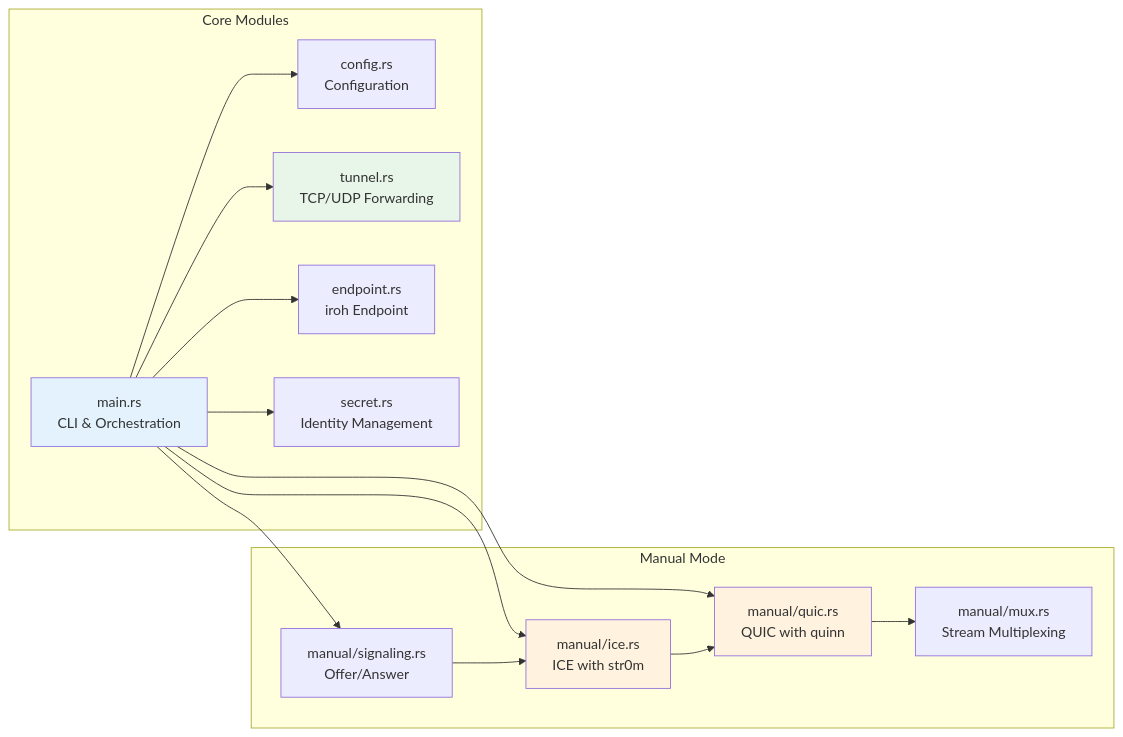
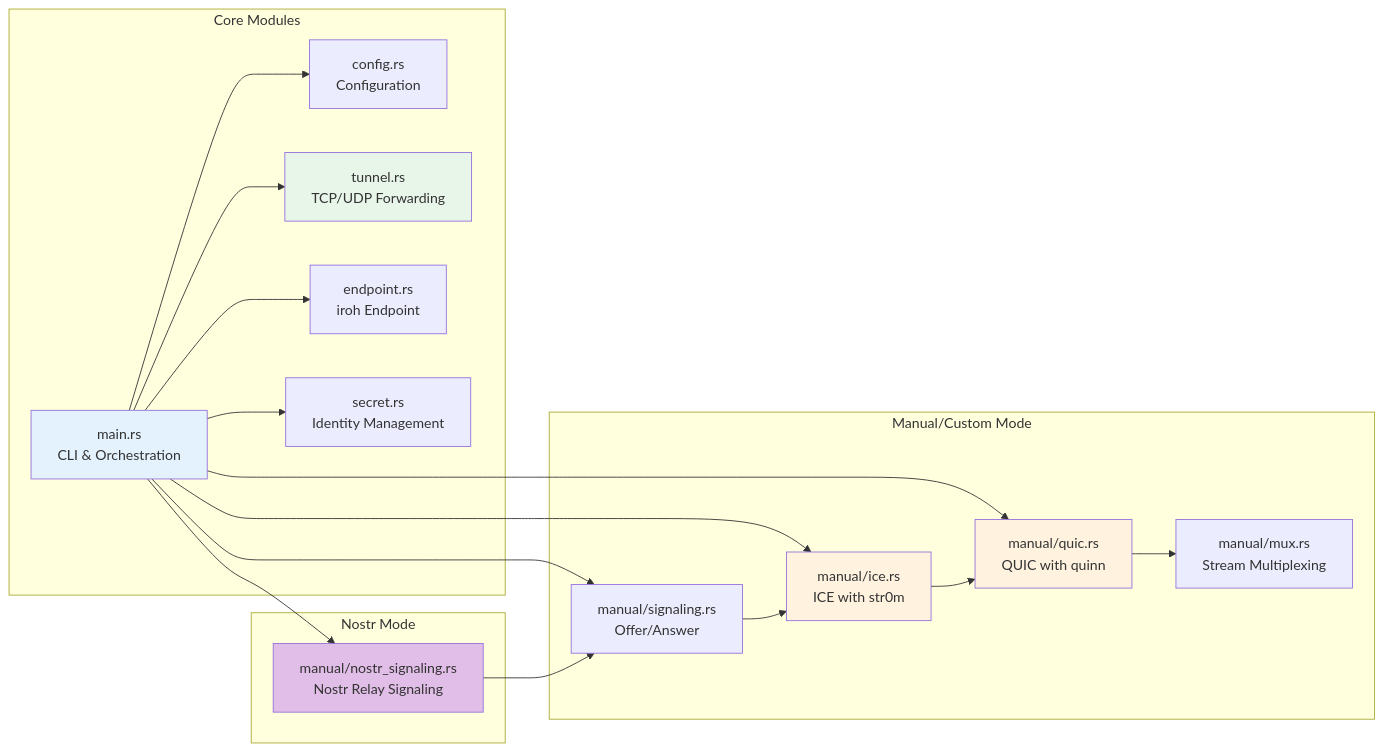
The second of 38 diagrams in docs/ARCHITECTURE.md (andrewtheguy/vpn-rs), drawn with Mermaid before and after one commit. The commit also changed other lines of this file and 2 other files, not shown here.

````diff
--- a/docs/ARCHITECTURE.md
+++ b/docs/ARCHITECTURE.md
@@ -57,34 +65,41 @@
 ```mermaid
 graph LR
     subgraph "Core Modules"
         A[main.rs<br/>CLI & Orchestration]
         B[config.rs<br/>Configuration]
         C[tunnel.rs<br/>TCP/UDP Forwarding]
         D[endpoint.rs<br/>iroh Endpoint]
         E[secret.rs<br/>Identity Management]
     end
-    
-    subgraph "Manual Mode"
+
+    subgraph "Manual/Custom Mode"
         F[manual/ice.rs<br/>ICE with str0m]
         G[manual/quic.rs<br/>QUIC with quinn]
         H[manual/signaling.rs<br/>Offer/Answer]
         I[manual/mux.rs<br/>Stream Multiplexing]
     end
-    
+
+    subgraph "Nostr Mode"
+        J[manual/nostr_signaling.rs<br/>Nostr Relay Signaling]
+    end
+
     A --> B
     A --> C
     A --> D
     A --> E
     A --> F
     A --> G
     A --> H
-    
+    A --> J
+
     F --> G
     H --> F
+    J --> H
     G --> I
-    
+
     style A fill:#E3F2FD
     style C fill:#E8F5E9
     style F fill:#FFF3E0
     style G fill:#FFF3E0
+    style J fill:#E1BEE7
 ```
````
